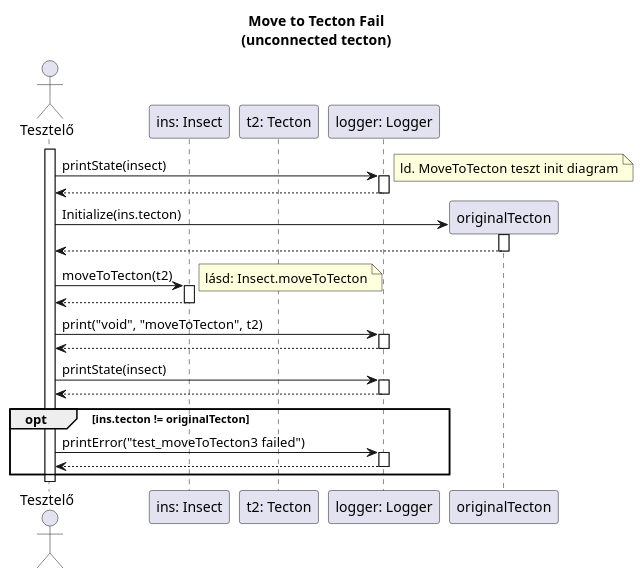
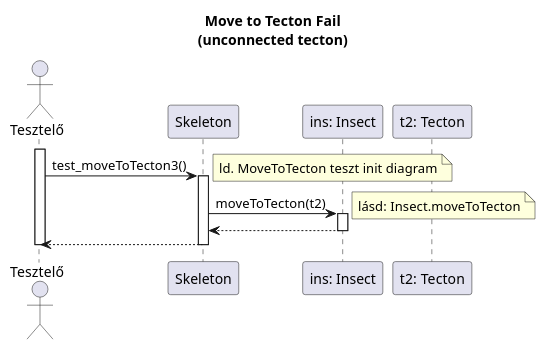
The diagram in diagrams/test-sequence/insect/moveToTecton3.plantuml (dzsem/projlab), drawn with PlantUML before and after one commit. The commit also changed 5 other files, not shown here.

Commit message:
Add Skeleton call and remove logger mentions

```diff
--- a/diagrams/test-sequence/insect/moveToTecton3.plantuml
+++ b/diagrams/test-sequence/insect/moveToTecton3.plantuml
@@ -1,55 +1,37 @@
 @startuml test_moveToTecton3
 
 title Move to Tecton Fail\n(unconnected tecton)
 
 actor "Tesztelő" as t
+participant "Skeleton" as ske
 participant "ins: Insect" as i
 participant "t2: Tecton" as t2
-participant "logger: Logger" as logger
 
 activate t
 
-t -> logger: printState(insect)
+t -> ske: test_moveToTecton3()
 note right: ld. MoveToTecton teszt init diagram
-activate logger
+activate ske
 
-t <-- logger
-deactivate logger
+	ske -> i: moveToTecton(t2)
+	activate i
+	note right: lásd: Insect.moveToTecton
 
-create originalTecton
-t -> originalTecton: Initialize(ins.tecton)
-activate originalTecton
+	ske <-- i
+	deactivate i
 
-t <-- originalTecton
-deactivate originalTecton
+'	opt ins.tecton != originalTecton 't1
+'		t -> logger: printError("test_moveToTecton3 failed")
+'		activate logger
+'
+'		t <-- logger
+'		deactivate logger
+'	end
 
-t -> i: moveToTecton(t2)
-activate i
-note right: lásd: Insect.moveToTecton
-
-t <-- i
-deactivate i
-
-t -> logger: print("void", "moveToTecton", t2)
-activate logger
-
-t <-- logger
-deactivate logger
-
-t -> logger: printState(insect)
-activate logger
-t <-- logger
-deactivate logger
-
-opt ins.tecton != originalTecton
-	t -> logger: printError("test_moveToTecton3 failed")
-	activate logger
-
-	t <-- logger
-	deactivate logger
-end
+t <-- ske
+deactivate ske
 
 deactivate t
 
 
 @enduml
```
